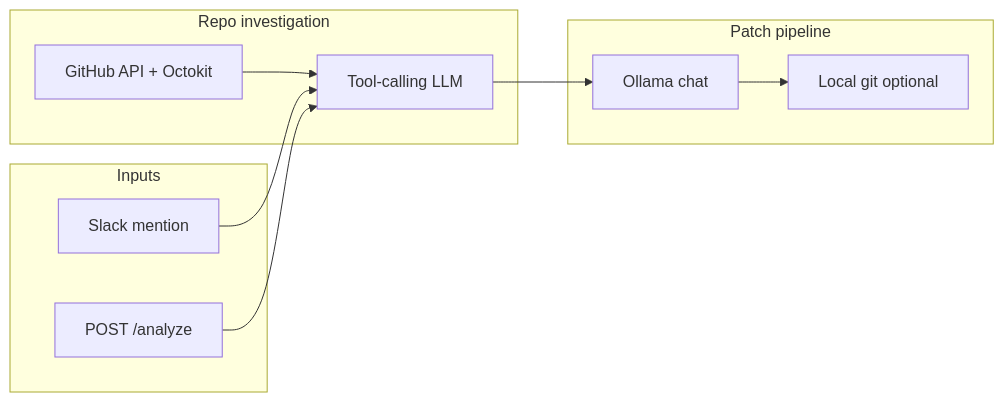
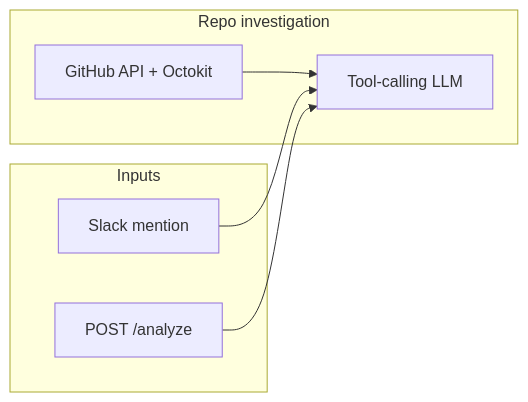
Before and after one commit to jhanitesh2596/AI-debugger: the diagram in README.md, drawn with Mermaid. The commit also changed other lines of this file and 8 other files, not shown here.

````diff
--- a/README.md
+++ b/README.md
@@ -30,23 +27,16 @@
 ```mermaid
 flowchart LR
   subgraph inputs [Inputs]
     Slack[Slack mention]
     HTTP[POST /analyze]
   end
 
   subgraph investigate [Repo investigation]
     GH[GitHub API + Octokit]
     Agent[Tool-calling LLM]
     GH --> Agent
   end
 
-  subgraph patch [Patch pipeline]
-    Ollama[Ollama chat]
-    Git[Local git optional]
-    Ollama --> Git
-  end
-
   Slack --> Agent
   HTTP --> Agent
-  Agent --> Ollama
 ```
````
